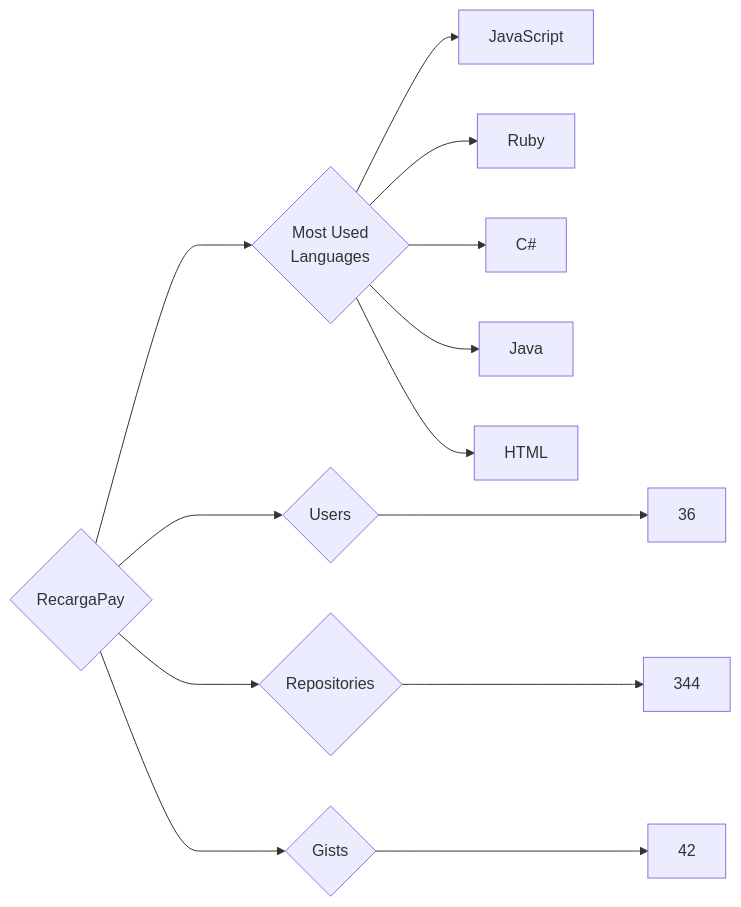
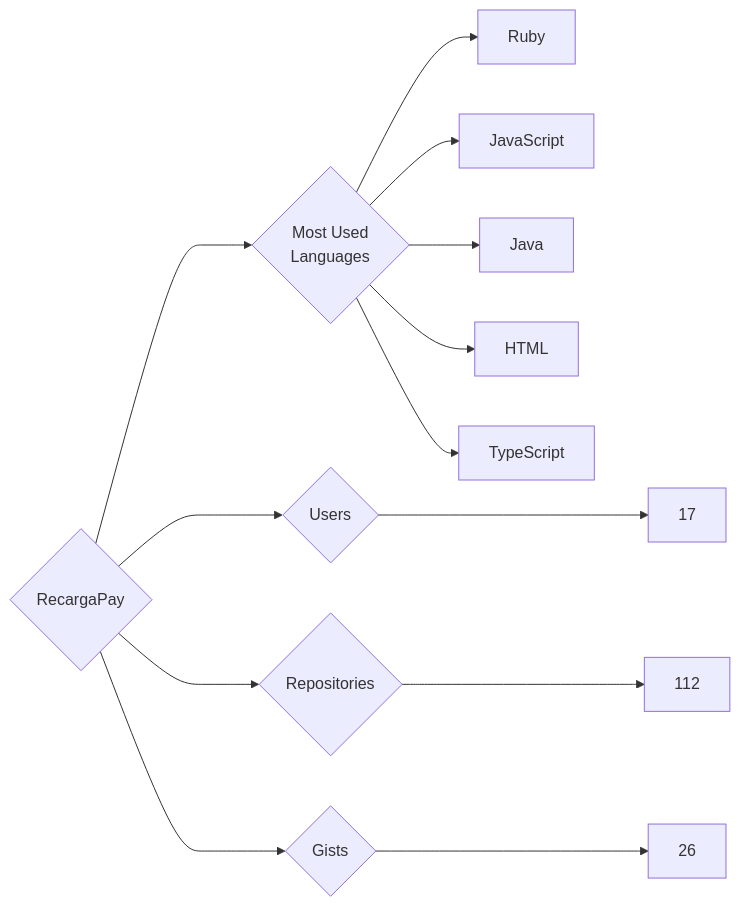
Before and after one commit to trickest/insiders: the diagram in targets/RecargaPay/README.md, drawn with Mermaid. The commit also changed 814 other files, not shown here.

````diff
--- a/targets/RecargaPay/README.md
+++ b/targets/RecargaPay/README.md
@@ -3,13 +3,13 @@
 ```mermaid
 graph LR
 COMPANY_NAME{RecargaPay}
-COMPANY_NAME ---> U{Users} ---> UN[36]
-COMPANY_NAME ---> R{Repositories} ---> RN[344]
-COMPANY_NAME ---> G{Gists} ---> GN[42]
+COMPANY_NAME ---> U{Users} ---> UN[17]
+COMPANY_NAME ---> R{Repositories} ---> RN[112]
+COMPANY_NAME ---> G{Gists} ---> GN[26]
 COMPANY_NAME ---> ML{Most Used<br>Languages}
+ML --> Ruby[Ruby]
 ML --> JavaScript[JavaScript]
-ML --> Ruby[Ruby]
-ML --> C#[C#]
 ML --> Java[Java]
 ML --> HTML[HTML]
+ML --> TypeScript[TypeScript]
 ```
````
